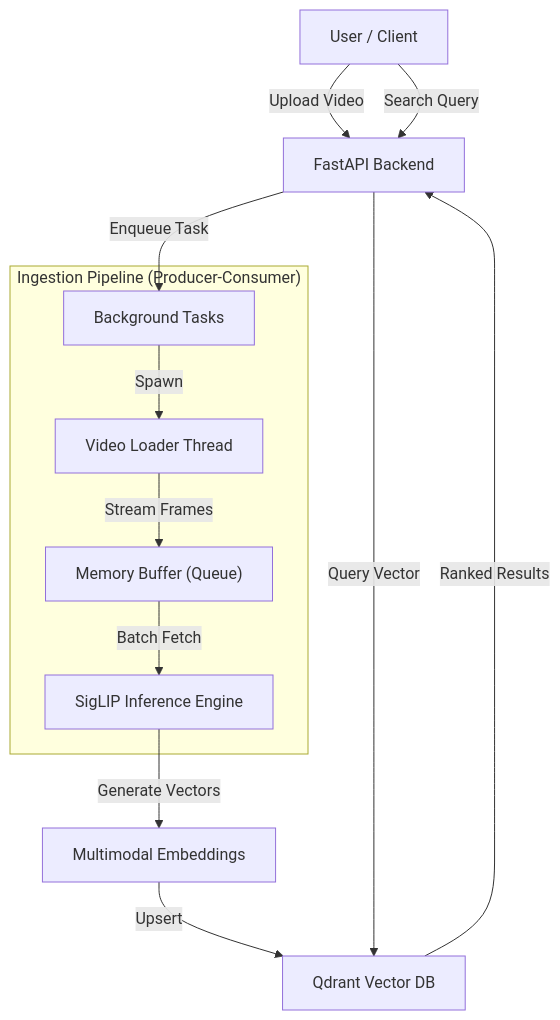
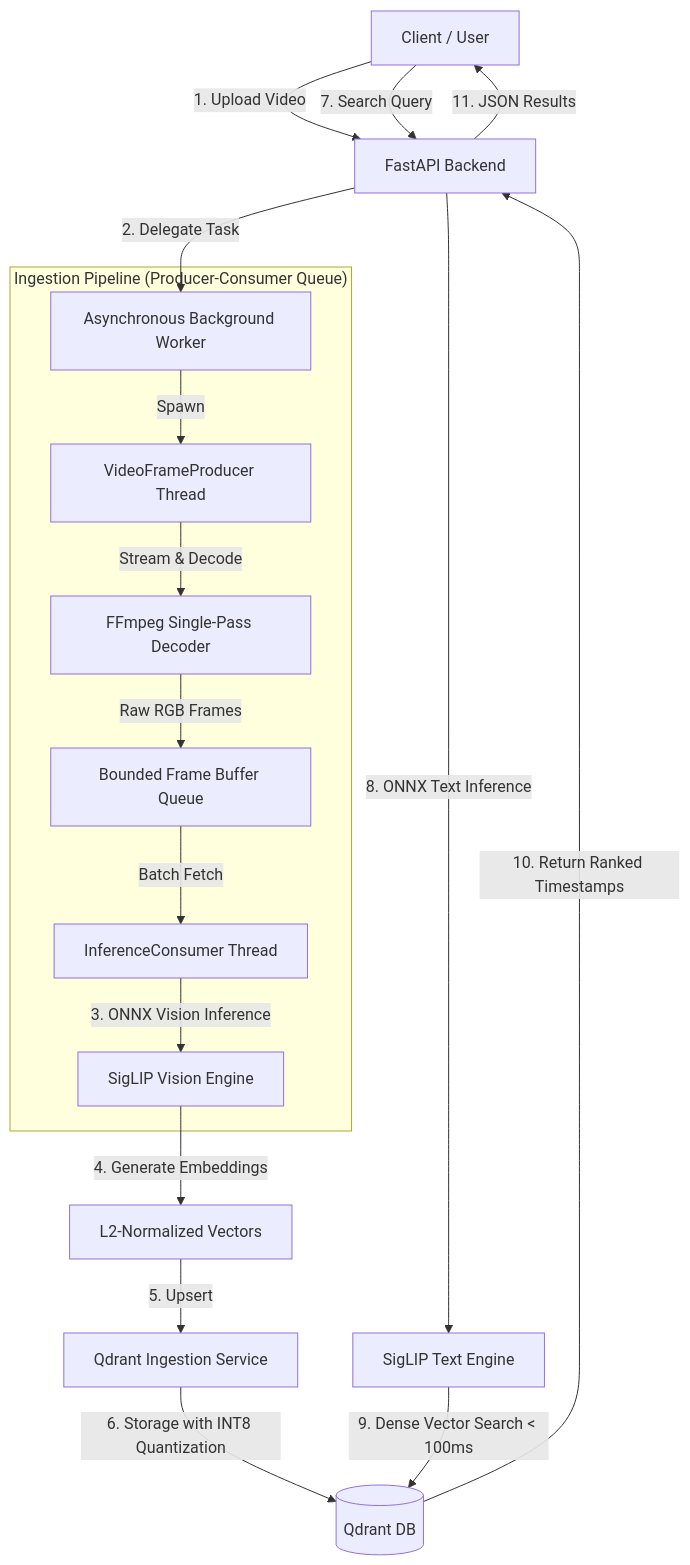
Before and after one commit to A16651/Semantic_Video_Search: the diagram in README.md, drawn with Mermaid. The commit also changed other lines of this file and 1 other file, not shown here.

````diff
--- a/README.md
+++ b/README.md
@@ -29,19 +47,23 @@
 ```mermaid
 graph TD
-    User[User / Client] -->|Upload Video| API[FastAPI Backend]
-    API -->|Enqueue Task| TaskQueue[Background Tasks]
+    Client[Client / User] -->|1. Upload Video| API[FastAPI Backend]
+    API -->|2. Delegate Task| BG[Asynchronous Background Worker]
     
-    subgraph "Ingestion Pipeline (Producer-Consumer)"
-        TaskQueue -->|Spawn| VLoad[Video Loader Thread]
-        VLoad -->|Stream Frames| MemBuf["Memory Buffer (Queue)"]
-        MemBuf -->|Batch Fetch| Inference[SigLIP Inference Engine]
+    subgraph IP["Ingestion Pipeline (Producer-Consumer Queue)"]
+        BG -->|Spawn| Prod[VideoFrameProducer Thread]
+        Prod -->|Stream & Decode| Decode[FFmpeg Single-Pass Decoder]
+        Decode -->|Raw RGB Frames| Queue[Bounded Frame Buffer Queue]
+        Queue -->|Batch Fetch| Cons[InferenceConsumer Thread]
+        Cons -->|3. ONNX Vision Inference| Models[SigLIP Vision Engine]
     end
     
-    Inference -->|Generate Vectors| Embeddings[Multimodal Embeddings]
-    Embeddings -->|Upsert| Qdrant[Qdrant Vector DB]
+    Models -->|4. Generate Embeddings| Embeds[L2-Normalized Vectors]
+    Embeds -->|5. Upsert| QdrantService[Qdrant Ingestion Service]
+    QdrantService -->|6. Storage with INT8 Quantization| Qdrant[(Qdrant DB)]
     
-    User -->|Search Query| API
-    API -->|Query Vector| Qdrant
-    Qdrant -->|Ranked Results| API
-
+    Client -->|7. Search Query| API
+    API -->|8. ONNX Text Inference| TextEngine[SigLIP Text Engine]
+    TextEngine -->|9. Dense Vector Search < 100ms| Qdrant
+    Qdrant -->|10. Return Ranked Timestamps| API
+    API -->|11. JSON Results| Client
 ```
````
